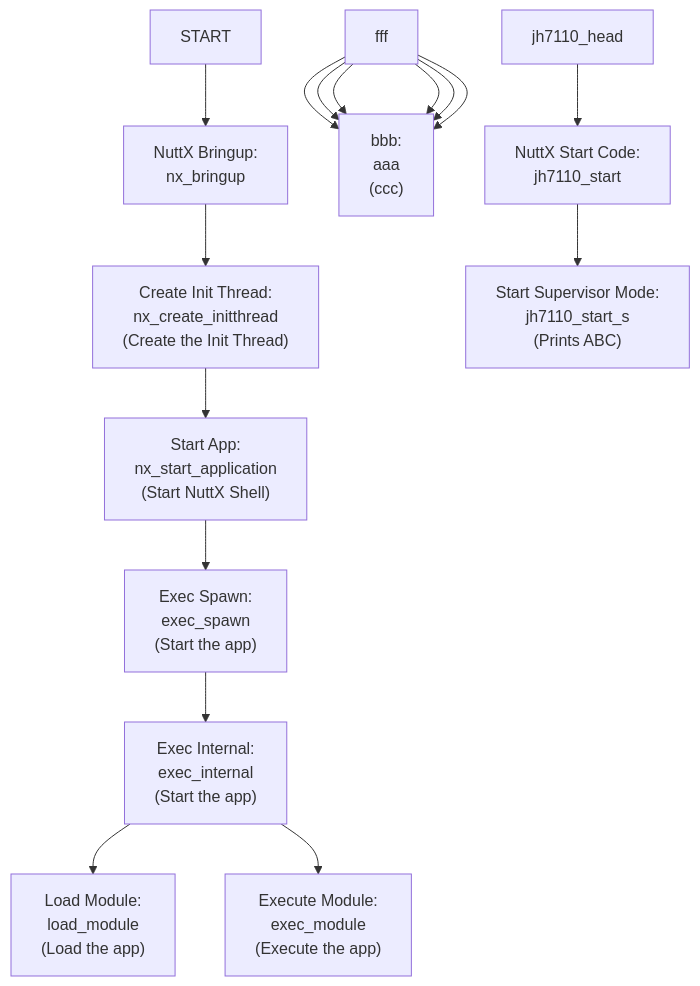
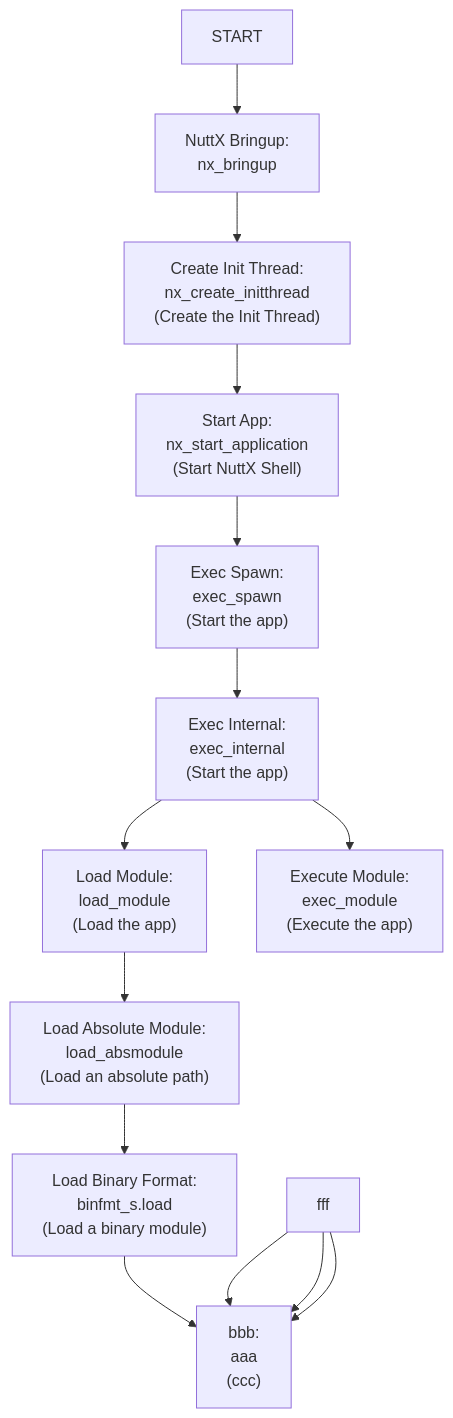
The second of 2 diagrams in README.md (lupyuen/nuttx-ox64), drawn with Mermaid before and after one commit. The commit also changed other lines of this file, not shown here.

````diff
--- a/README.md
+++ b/README.md
@@ -2897,48 +2897,42 @@
 ```mermaid
 flowchart TD
 START --> nx_bringup["NuttX Bringup: \n nx_bringup"]
 click nx_bringup href "https://github.com/apache/nuttx/blob/master/sched/init/nx_bringup.c#L373-L458" "sched/init/nx_bringup.c" _blank
 
 nx_bringup --> nx_create_initthread["Create Init Thread: \n nx_create_initthread \n (Create the Init Thread)"]
 click nx_create_initthread href "https://github.com/apache/nuttx/blob/master/sched/init/nx_bringup.c#L330-L367" "https://github.com/apache/nuttx/blob/master/sched/init/nx_bringup.c#L330-L367" _blank
 
 nx_create_initthread --> nx_start_application["Start App: \n nx_start_application \n (Start NuttX Shell)"]
 click nx_start_application href "https://github.com/apache/nuttx/blob/master/sched/init/nx_bringup.c#L212C1-L302" "https://github.com/apache/nuttx/blob/master/sched/init/nx_bringup.c#L212C1-L302" _blank
 
 nx_start_application --> exec_spawn["Exec Spawn: \n exec_spawn \n (Start the app)"]
 click exec_spawn href "https://github.com/apache/nuttx/blob/master/binfmt/binfmt_exec.c#L183-L223" "https://github.com/apache/nuttx/blob/master/binfmt/binfmt_exec.c#L183-L223" _blank
 
 exec_spawn --> exec_internal["Exec Internal: \n exec_internal \n (Start the app)"]
 click exec_internal href "https://github.com/apache/nuttx/blob/master/binfmt/binfmt_exec.c#L42-L179" "https://github.com/apache/nuttx/blob/master/binfmt/binfmt_exec.c#L42-L179" _blank
 
 exec_internal --> load_module["Load Module: \n load_module \n (Load the app)"]
 click load_module href "https://github.com/apache/nuttx/blob/master/binfmt/binfmt_loadmodule.c#L136-L225" "https://github.com/apache/nuttx/blob/master/binfmt/binfmt_loadmodule.c#L136-L225" _blank
 
 exec_internal --> exec_module["Execute Module: \n exec_module \n (Execute the app)"]
 click exec_module href "https://github.com/apache/nuttx/blob/master/binfmt/binfmt_execmodule.c#L190-L450" "https://github.com/apache/nuttx/blob/master/binfmt/binfmt_execmodule.c#L190-L450" _blank
 
-fff --> aaa["bbb: \n aaa \n (ccc)"]
+load_module --> load_absmodule["Load Absolute Module: \n load_absmodule \n (Load an absolute path)"]
+click load_absmodule href "https://github.com/apache/nuttx/blob/master/binfmt/binfmt_loadmodule.c#L83-L132" "https://github.com/apache/nuttx/blob/master/binfmt/binfmt_loadmodule.c#L83-L132" _blank
+
+load_absmodule --> binfmt_s.load["Load Binary Format: \n binfmt_s.load \n (Load a binary module)"]
+click binfmt_s.load href "https://github.com/apache/nuttx/blob/master/include/nuttx/binfmt/binfmt.h#L122-L148" "https://github.com/apache/nuttx/blob/master/include/nuttx/binfmt/binfmt.h#L122-L148" _blank
+
+binfmt_s.load --> aaa["bbb: \n aaa \n (ccc)"]
 click aaa href "ddd" "eee" _blank
 
 fff --> aaa["bbb: \n aaa \n (ccc)"]
 click aaa href "ddd" "eee" _blank
 
 fff --> aaa["bbb: \n aaa \n (ccc)"]
 click aaa href "ddd" "eee" _blank
 
 fff --> aaa["bbb: \n aaa \n (ccc)"]
 click aaa href "ddd" "eee" _blank
 
-fff --> aaa["bbb: \n aaa \n (ccc)"]
-click aaa href "ddd" "eee" _blank
-
-fff --> aaa["bbb: \n aaa \n (ccc)"]
-click aaa href "ddd" "eee" _blank
-
-jh7110_head --> jh7110_start["NuttX Start Code: \n jh7110_start"]
-click jh7110_start href "https://github.com/lupyuen2/wip-pinephone-nuttx/blob/ox64/arch/risc-v/src/jh7110/jh7110_start.c#L129-L159" "arch/risc-v/src/jh7110/jh7110_start.c" _blank
-
-jh7110_start --> jh7110_start_s["Start Supervisor Mode: \n jh7110_start_s \n (Prints ABC)"]
-click jh7110_start_s href "https://github.com/lupyuen2/wip-pinephone-nuttx/blob/ox64/arch/risc-v/src/jh7110/jh7110_start.c#L82-L129" "arch/risc-v/src/jh7110/jh7110_start.c" _blank
-
 ```
````
